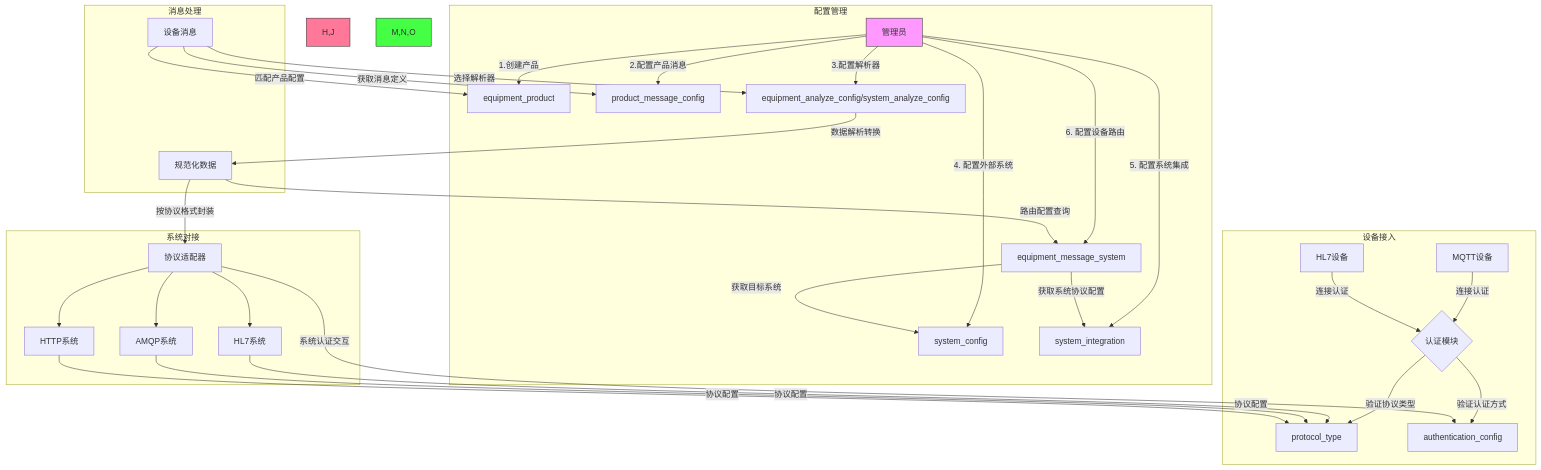
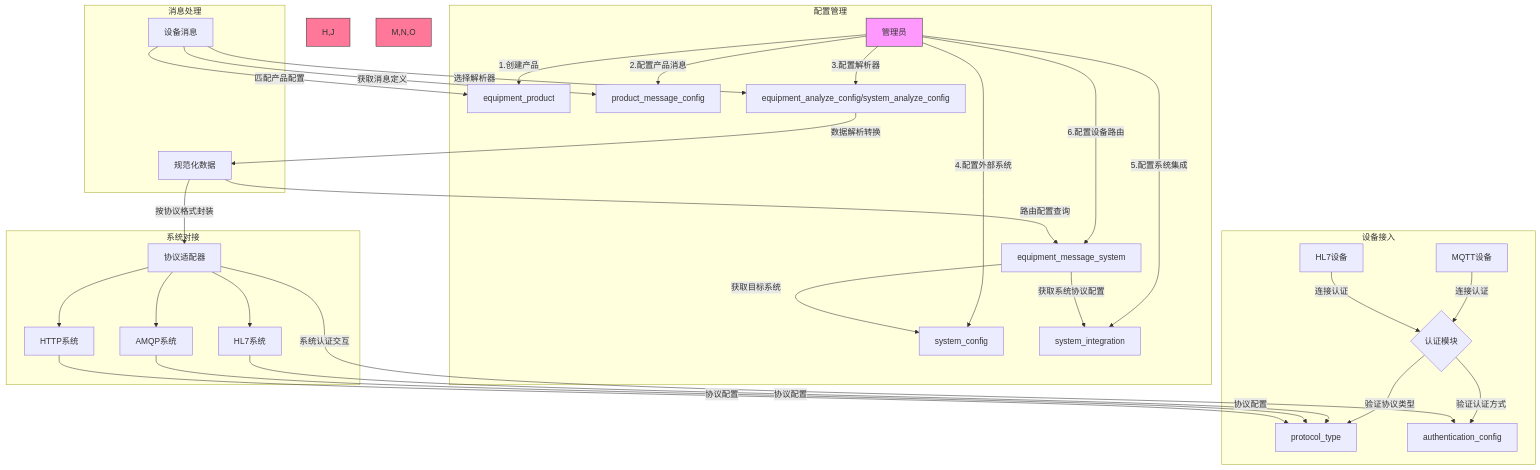
Before and after one commit to fuyong859050943/iodraw-files: the diagram in all/未命名-6.md, drawn with Mermaid.

Commit message:
2025-02-25 19:41:42 update

````diff
--- a/all/未命名-6.md
+++ b/all/未命名-6.md
@@ -1,43 +1,43 @@
 ```mermaid
 flowchart TD
     subgraph 配置管理
         A[管理员] -->|1.创建产品| B[equipment_product]
         A -->|2.配置产品消息| C[product_message_config]
         A -->|3.配置解析器| D[equipment_analyze_config/system_analyze_config]
-        A -->|4. 配置外部系统| E[system_config]
-        A -->|5. 配置系统集成| F[system_integration]
-        A -->|6. 配置设备路由| G[equipment_message_system]
+        A -->|4.配置外部系统| E[system_config]
+        A -->|5.配置系统集成| F[system_integration]
+        A -->|6.配置设备路由| G[equipment_message_system]
     end
     
     subgraph 设备接入
         H[MQTT设备] -->|连接认证| I{认证模块}
         J[HL7设备] -->|连接认证| I
         I -->|验证协议类型| protocol_type
         I -->|验证认证方式| authentication_config
     end
     
     subgraph 消息处理
         K[设备消息] -->|匹配产品配置| B
         K -->|获取消息定义| C
         K -->|选择解析器| D
         D -->|数据解析转换| L[规范化数据]
         L -->|路由配置查询| G
         G -->|获取目标系统| E
         G -->|获取系统协议配置| F
     end
     
     subgraph 系统对接
         M[HL7系统] -->|协议配置| protocol_type
         N[AMQP系统] -->|协议配置| protocol_type
         O[HTTP系统] -->|协议配置| protocol_type
         L -->|按协议格式封装| P[协议适配器]
         P -->|系统认证交互| authentication_config
         P --> M
         P --> N
         P --> O
     end
     
     style A fill:#f9f,stroke:#333
     style H,J fill:#f79,stroke:#333
-    style M,N,O fill:#4f4,stroke:#333
+    style M,N,O fill:#f79,stroke:#333
 ```
````
